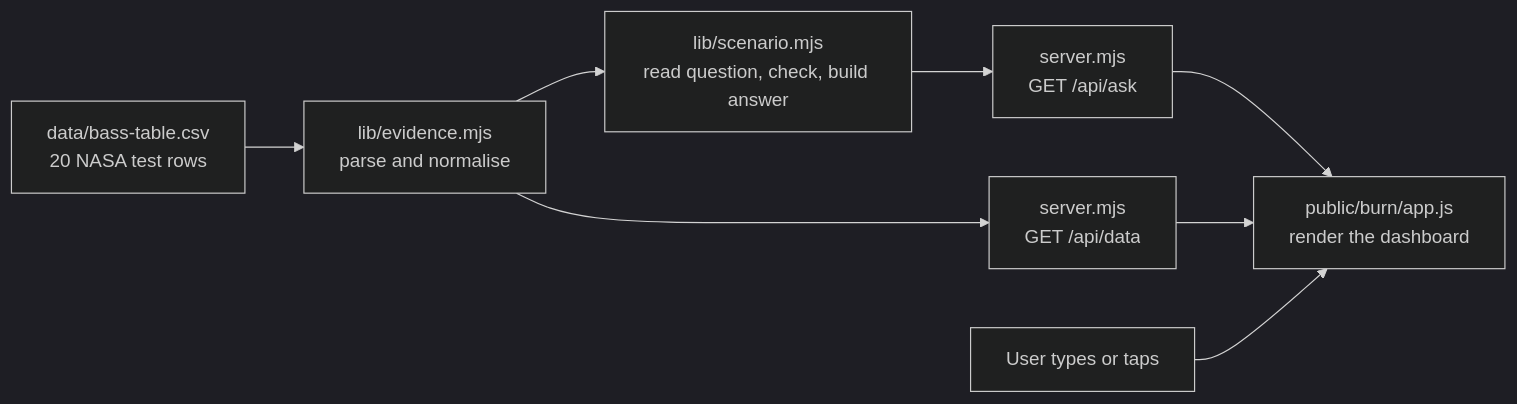
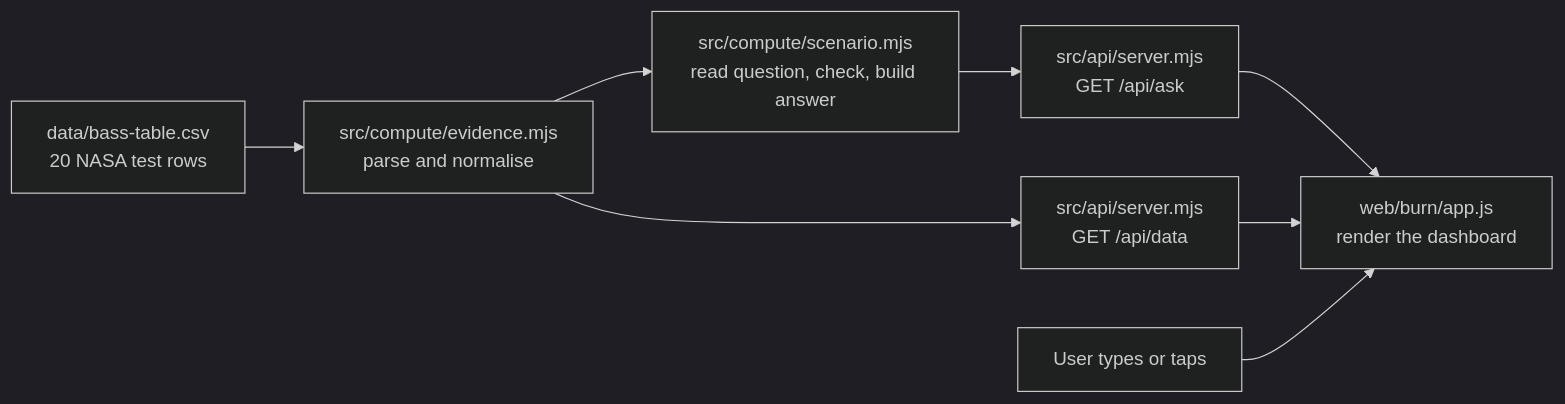
The diagram in docs/will-it-burn-technical.md (ShuvroShimuL/FlameScope), drawn with Mermaid (dark theme) before and after one commit. The commit also changed other lines of this file and 48 other files, not shown here.

````diff
--- a/docs/will-it-burn-technical.md
+++ b/docs/will-it-burn-technical.md
@@ -24,10 +24,10 @@
 ```mermaid
 flowchart LR
-  CSV["data/bass-table.csv<br/>20 NASA test rows"] --> EV["lib/evidence.mjs<br/>parse and normalise"]
-  EV --> SC["lib/scenario.mjs<br/>read question, check, build answer"]
-  SC --> API["server.mjs<br/>GET /api/ask"]
-  EV --> DATA["server.mjs<br/>GET /api/data"]
-  API --> UI["public/burn/app.js<br/>render the dashboard"]
+  CSV["data/bass-table.csv<br/>20 NASA test rows"] --> EV["src/compute/evidence.mjs<br/>parse and normalise"]
+  EV --> SC["src/compute/scenario.mjs<br/>read question, check, build answer"]
+  SC --> API["src/api/server.mjs<br/>GET /api/ask"]
+  EV --> DATA["src/api/server.mjs<br/>GET /api/data"]
+  API --> UI["web/burn/app.js<br/>render the dashboard"]
   DATA --> UI
   Q["User types or taps"] --> UI
 ```
````
